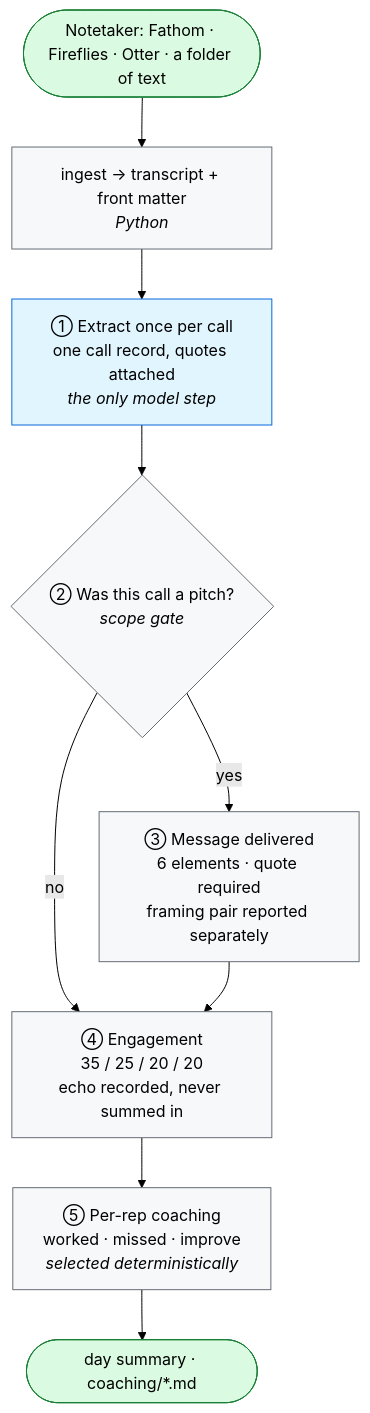
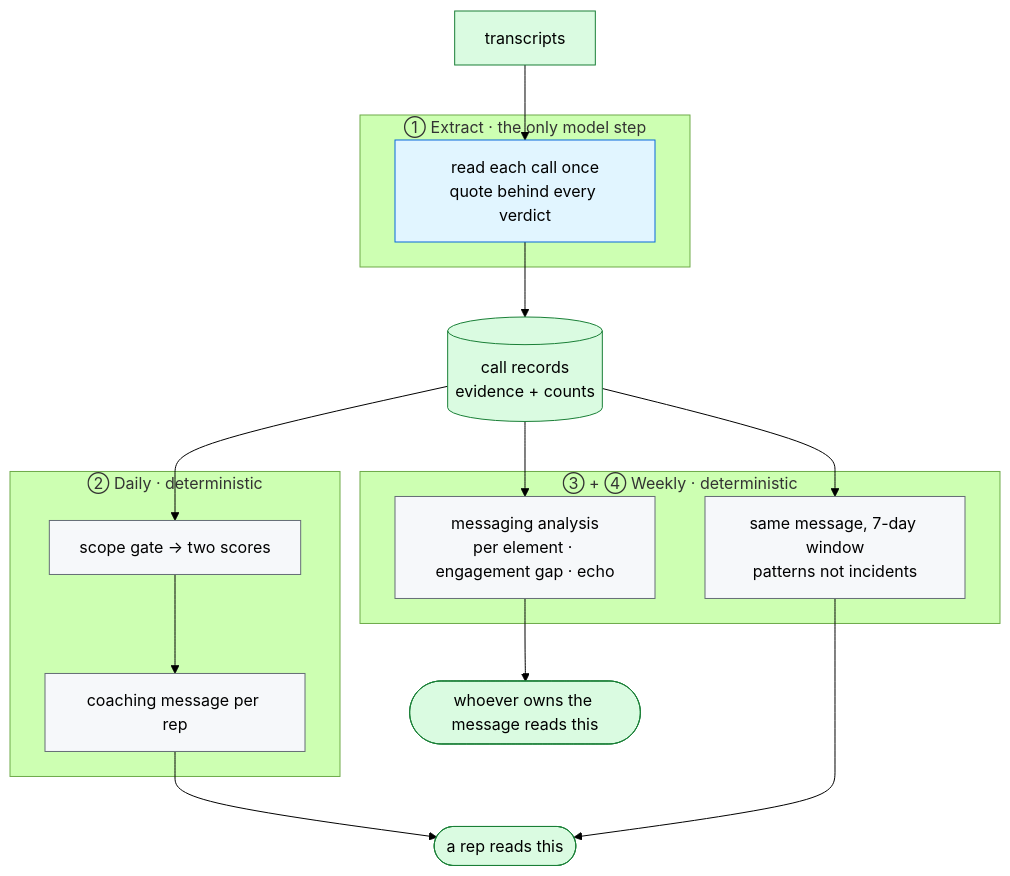
The first of 2 diagrams in README.md (barbararomeira/evidence-scored-call-review), drawn with Mermaid (forest theme) before and after one commit. The commit also changed other lines of this file, not shown here.

Commit message:
Explain the four jobs: what each does, what it writes, which one uses a model
The README showed the pipeline but never said who the agents are. Added a table
of the four jobs with their cadence, inputs, outputs and whether a model is
involved (only one is), plus a diagram grouping them. Removed the old flow
diagram it superseded.

````diff
--- a/README.md
+++ b/README.md
@@ -167,18 +151,34 @@
 ```mermaid
 flowchart TD
-    N([Notetaker: Fathom · Fireflies · Otter · a folder of text]) --> I[ingest → transcript + front matter<br/><i>Python</i>]
-    I --> X[① Extract once per call<br/>one call record, quotes attached<br/><i>the only model step</i>]
-    X --> G{② Was this call a pitch?<br/><i>scope gate</i>}
-    G -- no --> E
-    G -- yes --> M[③ Message delivered<br/>6 elements · quote required<br/>framing pair reported separately]
-    M --> E[④ Engagement<br/>35 / 25 / 20 / 20<br/>echo recorded, never summed in]
-    E --> C[⑤ Per-rep coaching<br/>worked · missed · improve<br/><i>selected deterministically</i>]
-    C --> O([day summary · coaching/*.md])
+    T[transcripts] --> A1
+
+    subgraph ONE["① Extract · the only model step"]
+      A1[read each call once<br/>quote behind every verdict]
+    end
+
+    A1 --> R[(call records<br/>evidence + counts)]
+
+    subgraph DAILY["② Daily · deterministic"]
+      D1[scope gate → two scores] --> D2[coaching message per rep]
+    end
+
+    subgraph WEEKLY["③ + ④ Weekly · deterministic"]
+      W1[same message, 7-day window<br/>patterns not incidents]
+      W2[messaging analysis<br/>per element · engagement gap · echo]
+    end
+
+    R --> D1
+    R --> W1
+    R --> W2
+
+    D2 --> O1([a rep reads this])
+    W1 --> O1
+    W2 --> O2([whoever owns the message reads this])
 
     classDef llm fill:#e1f5ff,stroke:#0969da,color:#000
     classDef python fill:#f6f8fa,stroke:#656d76,color:#000
     classDef io fill:#dafbe1,stroke:#1a7f37,color:#000
-    class X llm
-    class I,G,M,E,C python
-    class N,O io
+    class A1 llm
+    class D1,D2,W1,W2 python
+    class T,R,O1,O2 io
 ```
````
